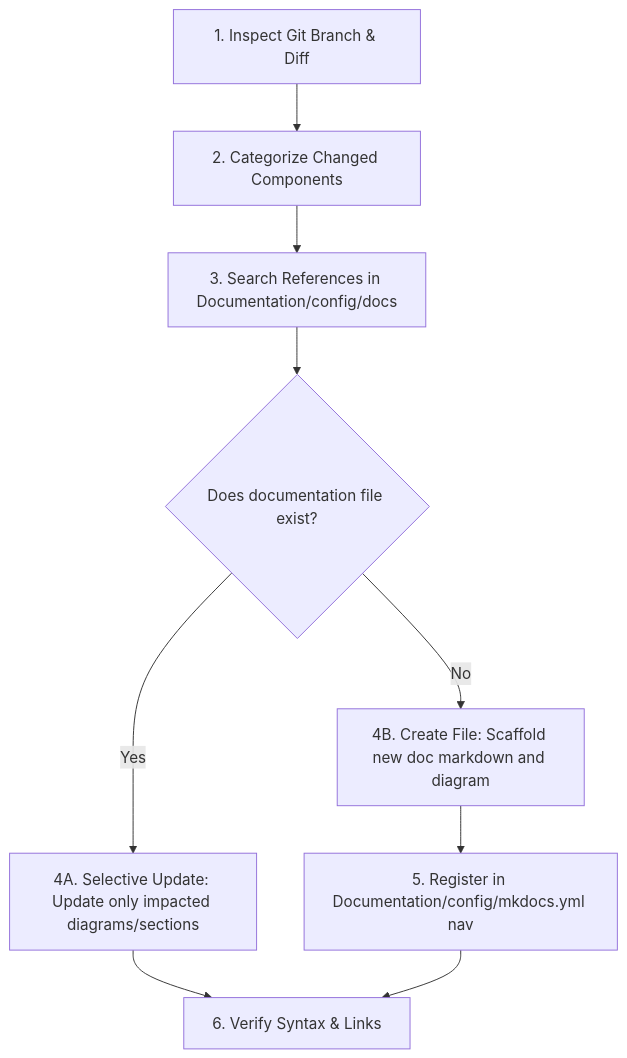
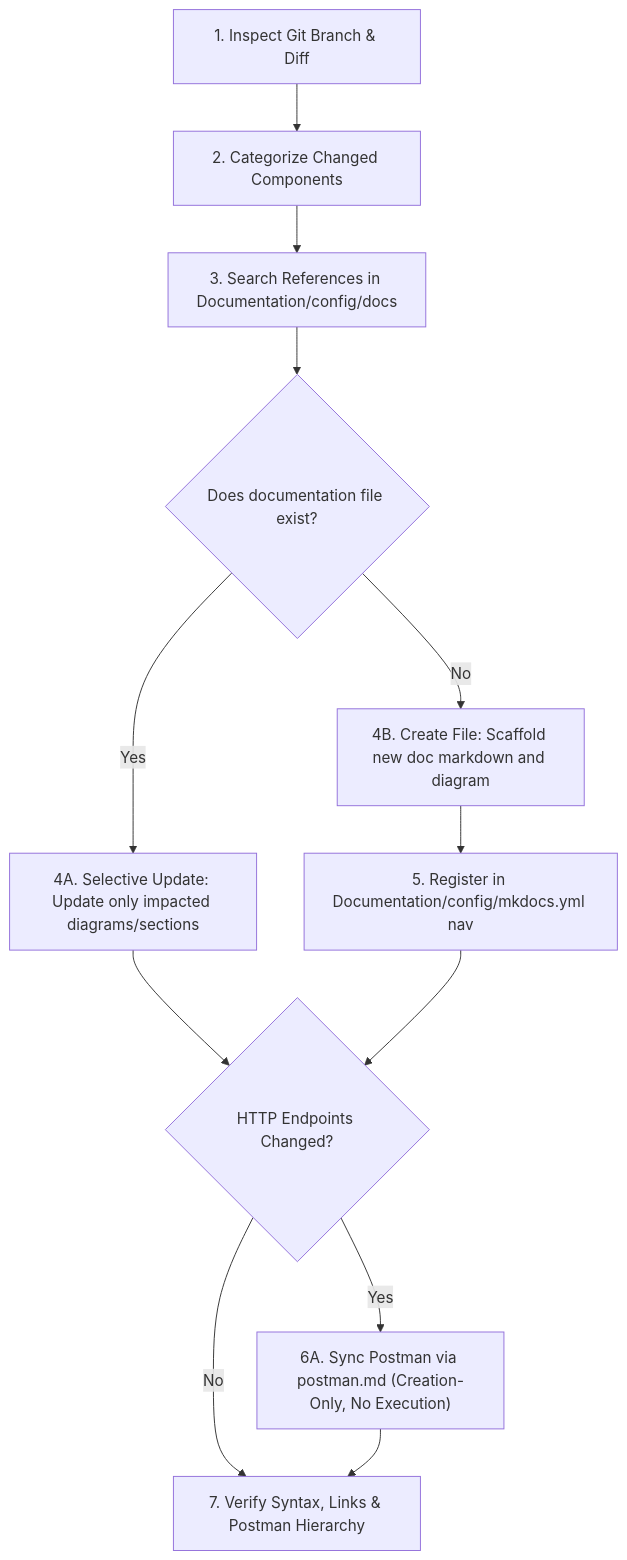
The diagram in AI/GEMINI/skills/documentation/documentation.md (pedrovtof/Nievo-AI), drawn with Mermaid before and after one commit. The commit also changed other lines of this file and 27 other files, not shown here.

````diff
--- a/AI/GEMINI/skills/documentation/documentation.md
+++ b/AI/GEMINI/skills/documentation/documentation.md
@@ -18,11 +18,14 @@
 ```mermaid
 flowchart TD
     A["1. Inspect Git Branch & Diff"] --> B["2. Categorize Changed Components"]
     B --> C["3. Search References in Documentation/config/docs"]
     C --> D{"Does documentation file exist?"}
     D -- "Yes" --> E["4A. Selective Update: Update only impacted diagrams/sections"]
     D -- "No" --> F["4B. Create File: Scaffold new doc markdown and diagram"]
     F --> G["5. Register in Documentation/config/mkdocs.yml nav"]
-    E --> H["6. Verify Syntax & Links"]
-    G --> H
+    E --> P{"HTTP Endpoints Changed?"}
+    G --> P
+    P -- "Yes" --> PM["6A. Sync Postman via postman.md (Creation-Only, No Execution)"]
+    P -- "No" --> H["7. Verify Syntax, Links & Postman Hierarchy"]
+    PM --> H
 ```
````
